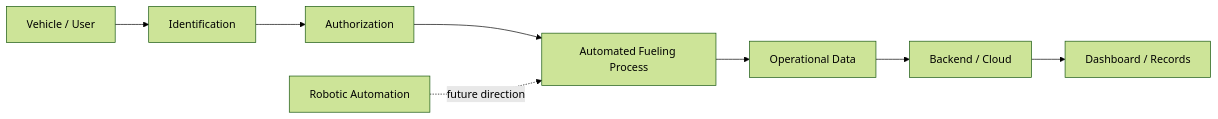
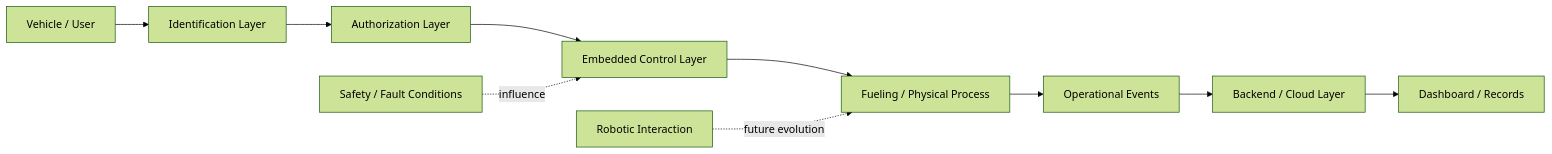
Before and after one commit to Elgrandeyury/smart-robotic-fueling-system: the diagram in README.md, drawn with Mermaid (forest theme). The commit also changed other lines of this file, not shown here.

Commit message:
Upgrade fueling system case study and architecture

````diff
--- a/README.md
+++ b/README.md
@@ -38,11 +31,13 @@
 ```mermaid
 flowchart LR
-    A[Vehicle / User] --> B[Identification]
-    B --> C[Authorization]
-    C --> D[Automated Fueling Process]
-    D --> E[Operational Data]
-    E --> F[Backend / Cloud]
-    F --> G[Dashboard / Records]
+    A[Vehicle / User] --> B[Identification Layer]
+    B --> C[Authorization Layer]
+    C --> D[Embedded Control Layer]
+    D --> E[Fueling / Physical Process]
+    E --> F[Operational Events]
+    F --> G[Backend / Cloud Layer]
+    G --> H[Dashboard / Records]
 
-    H[Robotic Automation] -.future direction.-> D
+    I[Robotic Interaction] -. future evolution .-> E
+    J[Safety / Fault Conditions] -. influence .-> D
 ```
````
